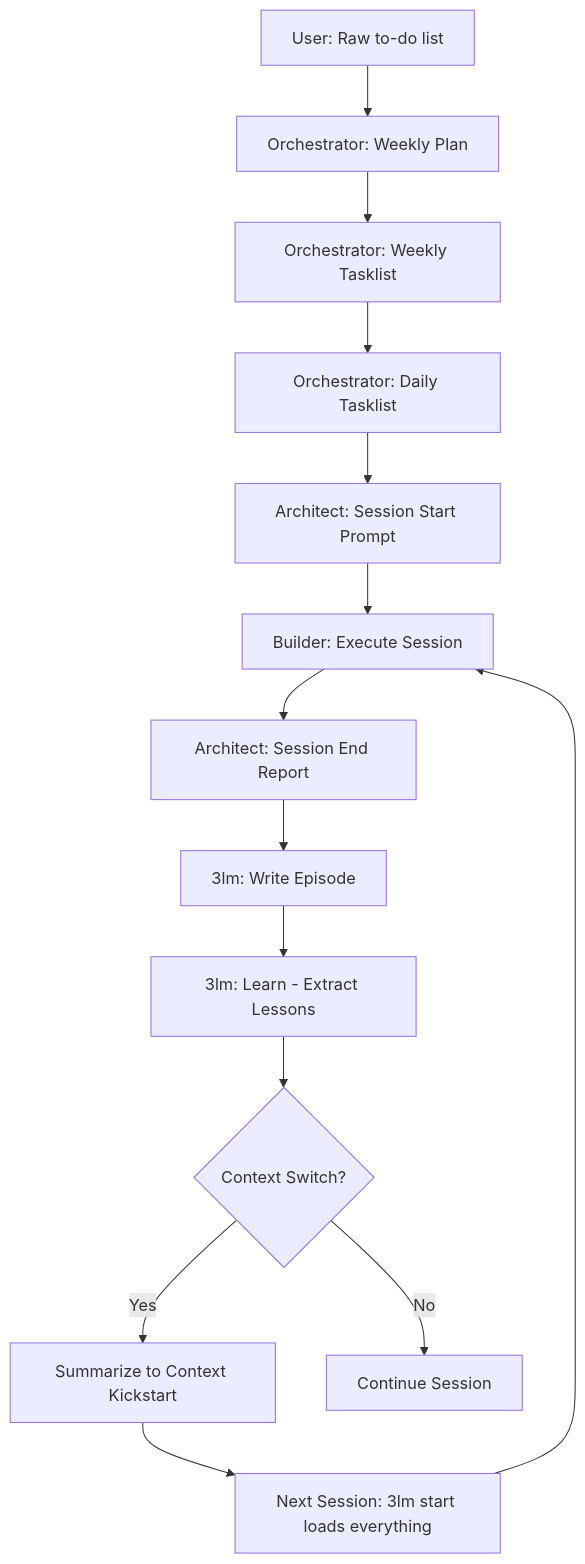
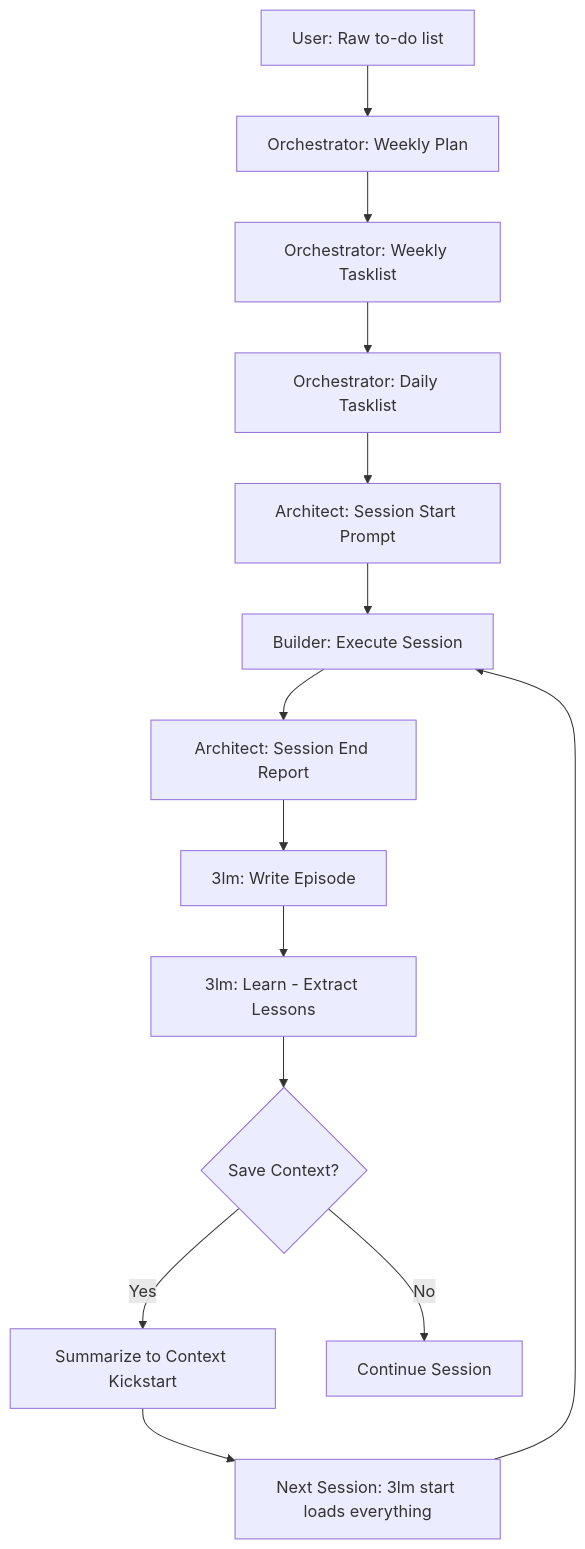
Before and after one commit to kmagwenzi/ai-suplex: the diagram in AI-Suplex-777/AGENTS.md, drawn with Mermaid. The commit also changed other lines of this file and 16 other files, not shown here.

Commit message:
Refactor: Context Switching → Save Context (pattern, skill, docs)

````diff
--- a/AI-Suplex-777/AGENTS.md
+++ b/AI-Suplex-777/AGENTS.md
@@ -108,16 +108,16 @@
 ```mermaid
 graph TD
     A[User: Raw to-do list] --> B[Orchestrator: Weekly Plan]
     B --> C[Orchestrator: Weekly Tasklist]
     C --> D[Orchestrator: Daily Tasklist]
     D --> E[Architect: Session Start Prompt]
     E --> F[Builder: Execute Session]
     F --> G[Architect: Session End Report]
     G --> H[3lm: Write Episode]
     H --> I[3lm: Learn - Extract Lessons]
-    I --> J{Context Switch?}
+    I --> J{Save Context?}
     J -->|Yes| K[Summarize to Context Kickstart]
     J -->|No| L[Continue Session]
     K --> M[Next Session: 3lm start loads everything]
     M --> F
 ```
````
